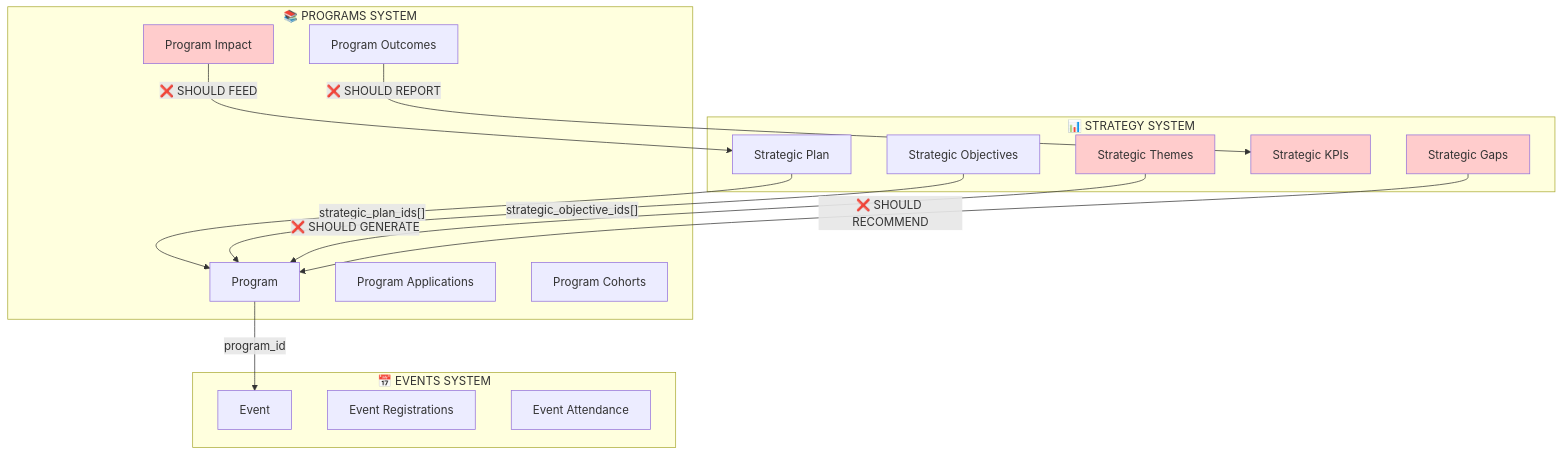
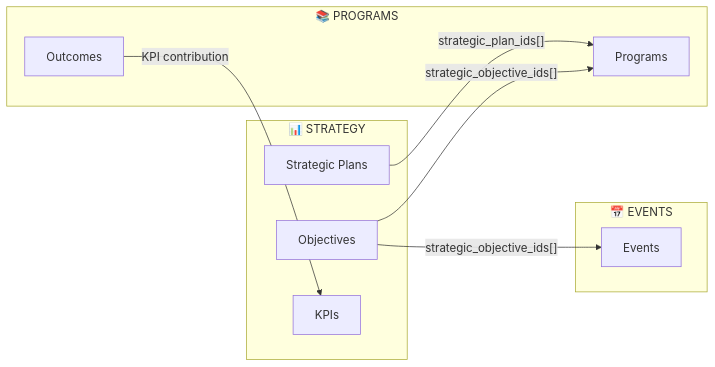
Before and after one commit to Qahtani1979/innovate-saudi: the second of 4 diagrams in docs/programs-events/programs-events-design.md, drawn with Mermaid. The commit also changed other lines of this file and 2 other files, not shown here.

````diff
--- a/docs/programs-events/programs-events-design.md
+++ b/docs/programs-events/programs-events-design.md
@@ -51,39 +91,22 @@
 ```mermaid
-graph TD
-    subgraph STRATEGY["📊 STRATEGY SYSTEM"]
-        SP[Strategic Plan]
-        SO[Strategic Objectives]
-        ST[Strategic Themes]
-        KPI[Strategic KPIs]
-        SG[Strategic Gaps]
+graph LR
+    subgraph STRATEGY["📊 STRATEGY"]
+        SP[Strategic Plans]
+        SO[Objectives]
+        KPI[KPIs]
     end
-    
-    subgraph PROGRAMS["📚 PROGRAMS SYSTEM"]
-        P[Program]
-        PA[Program Applications]
-        PC[Program Cohorts]
-        PO[Program Outcomes]
-        PI[Program Impact]
+
+    subgraph PROGRAMS["📚 PROGRAMS"]
+        P[Programs]
+        PO[Outcomes]
     end
-    
-    subgraph EVENTS["📅 EVENTS SYSTEM"]
-        E[Event]
-        ER[Event Registrations]
-        EA[Event Attendance]
+
+    subgraph EVENTS["📅 EVENTS"]
+        E[Events]
     end
-    
+
     SP -->|"strategic_plan_ids[]"| P
     SO -->|"strategic_objective_ids[]"| P
-    ST -->|"❌ SHOULD GENERATE"| P
-    SG -->|"❌ SHOULD RECOMMEND"| P
-    
-    P -->|"program_id"| E
-    
-    PO -->|"❌ SHOULD REPORT"| KPI
-    PI -->|"❌ SHOULD FEED"| SP
-    
-    style ST fill:#ffcccc
-    style SG fill:#ffcccc
-    style KPI fill:#ffcccc
-    style PI fill:#ffcccc
+    SO -->|"strategic_objective_ids[]"| E
+    PO -->|"KPI contribution"| KPI
 ```
````
